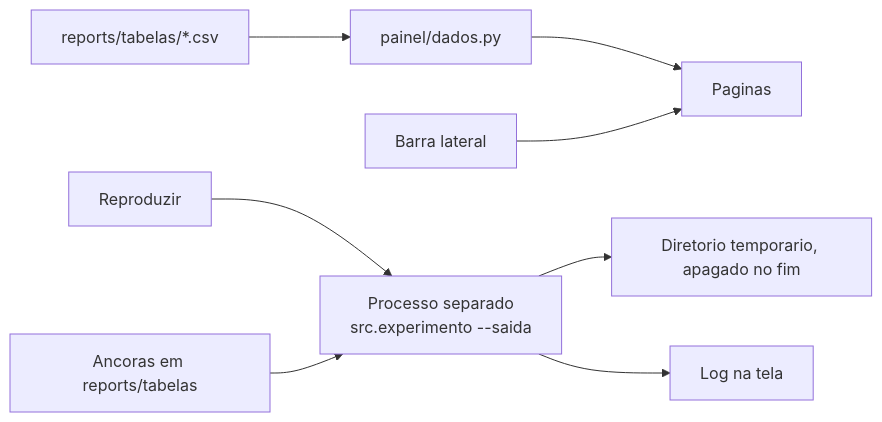
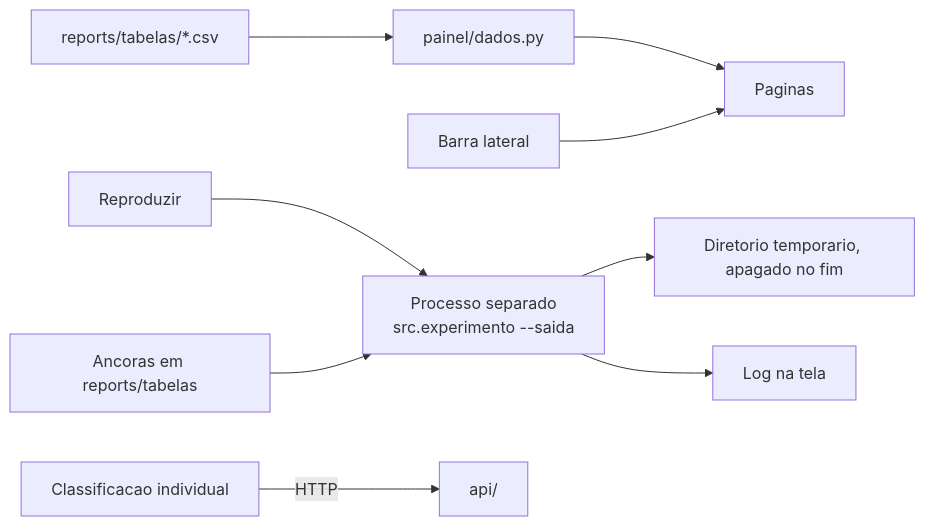
Before and after one commit to Lorenzo-Avila/hba1c-screening-pns2013: the seventh of 8 diagrams in docs/arquitetura.md, drawn with Mermaid. The commit also changed other lines of this file and 23 other files, not shown here.

````diff
--- a/docs/arquitetura.md
+++ b/docs/arquitetura.md
@@ -330,10 +338,11 @@
 ```mermaid
 flowchart LR
     tabelas["reports/tabelas/*.csv"] --> dados["painel/dados.py"]
     dados --> telas["Paginas"]
     selecao["Barra lateral"] --> telas
     botao["Reproduzir"] --> filho["Processo separado<br/>src.experimento --saida"]
+    formulario["Classificacao individual"] -->|HTTP| api["api/"]
     filho --> tmp["Diretorio temporario, apagado no fim"]
     filho --> log["Log na tela"]
     ancoras["Ancoras em reports/tabelas"] --> filho
 ```
````
